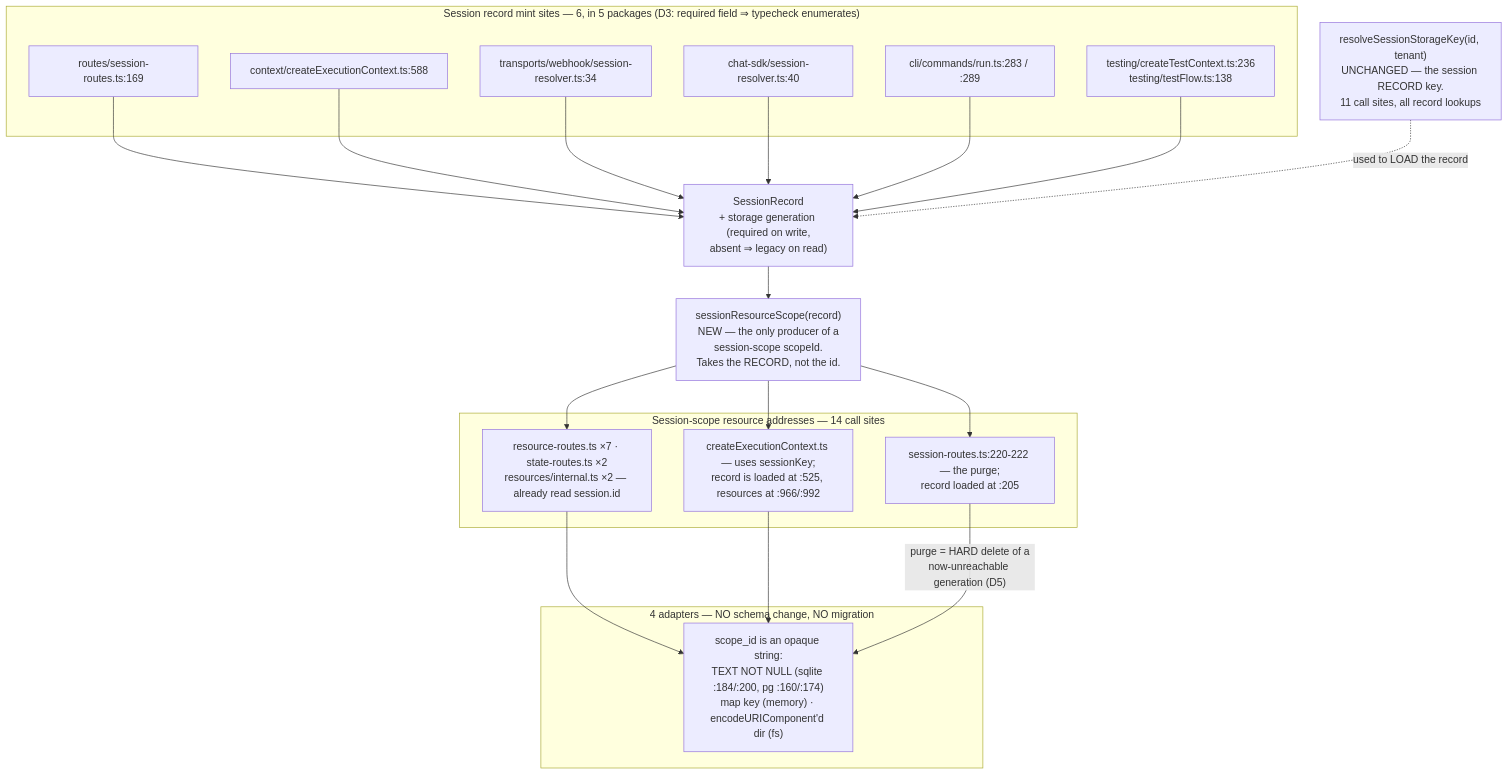
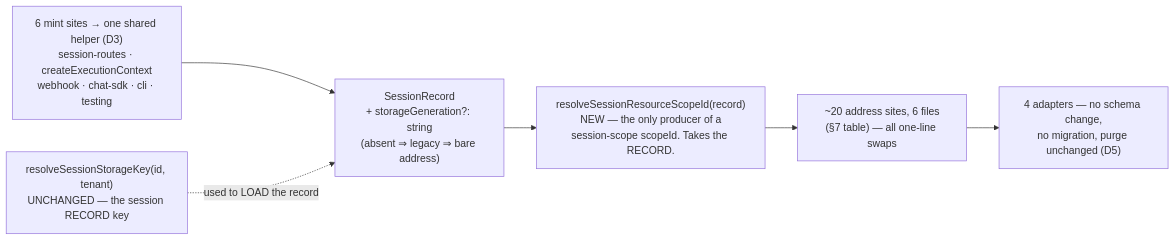
The diagram in docs/specs/FIX-1000.md (fixpoint-labs/flow-state-dev), drawn with Mermaid before and after one commit. The commit also changed other lines of this file, not shown here.

First line of the commit message:
spec(FIX-1000): cut scope to Small; fold round-1 review

````diff
--- a/docs/specs/FIX-1000.md
+++ b/docs/specs/FIX-1000.md
@@ -134,36 +136,11 @@
 ```mermaid
-flowchart TD
-    subgraph mint["Session record mint sites — 6, in 5 packages (D3: required field ⇒ typecheck enumerates)"]
-      M1["routes/session-routes.ts:169"]
-      M2["context/createExecutionContext.ts:588"]
-      M3["transports/webhook/session-resolver.ts:34"]
-      M4["chat-sdk/session-resolver.ts:40"]
-      M5["cli/commands/run.ts:283 / :289"]
-      M6["testing/createTestContext.ts:236<br/>testing/testFlow.ts:138"]
-    end
-    REC["SessionRecord<br/>+ storage generation (required on write,<br/>absent ⇒ legacy on read)"]
-    M1 --> REC
-    M2 --> REC
-    M3 --> REC
-    M4 --> REC
-    M5 --> REC
-    M6 --> REC
-    DERIVE["sessionResourceScope(record)<br/>NEW — the only producer of a<br/>session-scope scopeId.<br/>Takes the RECORD, not the id."]
-    REC --> DERIVE
-    RSK["resolveSessionStorageKey(id, tenant)<br/>UNCHANGED — the session RECORD key.<br/>11 call sites, all record lookups"]
+flowchart LR
+    MINT["6 mint sites → one shared helper (D3)<br/>session-routes · createExecutionContext<br/>webhook · chat-sdk · cli · testing"]
+    REC["SessionRecord<br/>+ storageGeneration?: string<br/>(absent ⇒ legacy ⇒ bare address)"]
+    DERIVE["resolveSessionResourceScopeId(record)<br/>NEW — the only producer of a<br/>session-scope scopeId. Takes the RECORD."]
+    RSK["resolveSessionStorageKey(id, tenant)<br/>UNCHANGED — the session RECORD key"]
+    ADDR["~20 address sites, 6 files<br/>(§7 table) — all one-line swaps"]
+    STORE["4 adapters — no schema change,<br/>no migration, purge unchanged (D5)"]
+    MINT --> REC --> DERIVE --> ADDR --> STORE
     RSK -.->|"used to LOAD the record"| REC
-    subgraph consumers["Session-scope resource addresses — 14 call sites"]
-      C1["resource-routes.ts ×7 · state-routes.ts ×2<br/>resources/internal.ts ×2 — already read session.id"]
-      C2["createExecutionContext.ts — uses sessionKey;<br/>record is loaded at :525, resources at :966/:992"]
-      C3["session-routes.ts:220-222 — the purge;<br/>record loaded at :205"]
-    end
-    DERIVE --> C1
-    DERIVE --> C2
-    DERIVE --> C3
-    subgraph store["4 adapters — NO schema change, NO migration"]
-      S["scope_id is an opaque string:<br/>TEXT NOT NULL (sqlite :184/:200, pg :160/:174)<br/>map key (memory) · encodeURIComponent'd dir (fs)"]
-    end
-    C1 --> S
-    C2 --> S
-    C3 -->|"purge = HARD delete of a<br/>now-unreachable generation (D5)"| S
 ```
````
